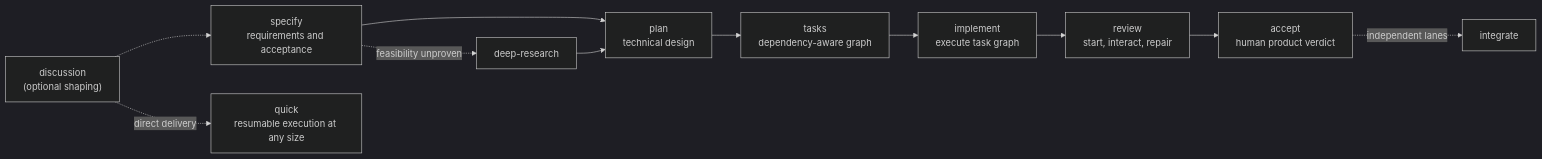
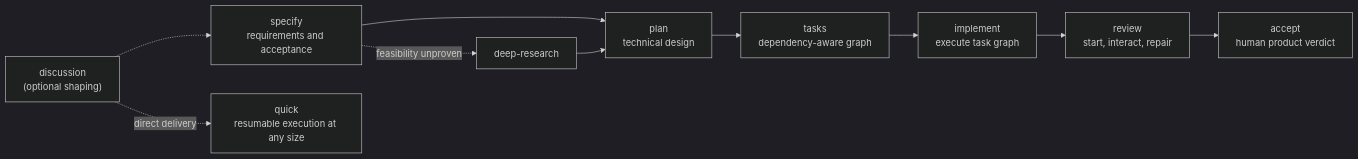
Before and after one commit to chenziyang110/spec-kit-plus: the diagram in README.md, drawn with Mermaid (dark theme). The commit also changed other lines of this file and 4 other files, not shown here.

````diff
--- a/README.md
+++ b/README.md
@@ -85,13 +85,12 @@
 ```mermaid
 flowchart LR
     D["discussion<br/>(optional shaping)"] -.-> S["specify<br/>requirements and acceptance"]
     D -. direct delivery .-> Q["quick<br/>resumable execution at any size"]
     S --> P["plan<br/>technical design"]
     S -. feasibility unproven .-> R["deep-research"]
     R --> P
     P --> T["tasks<br/>dependency-aware graph"]
     T --> I["implement<br/>execute task graph"]
     I --> V["review<br/>start, interact, repair"]
     V --> A["accept<br/>human product verdict"]
-    A -. independent lanes .-> G["integrate"]
 ```
````
